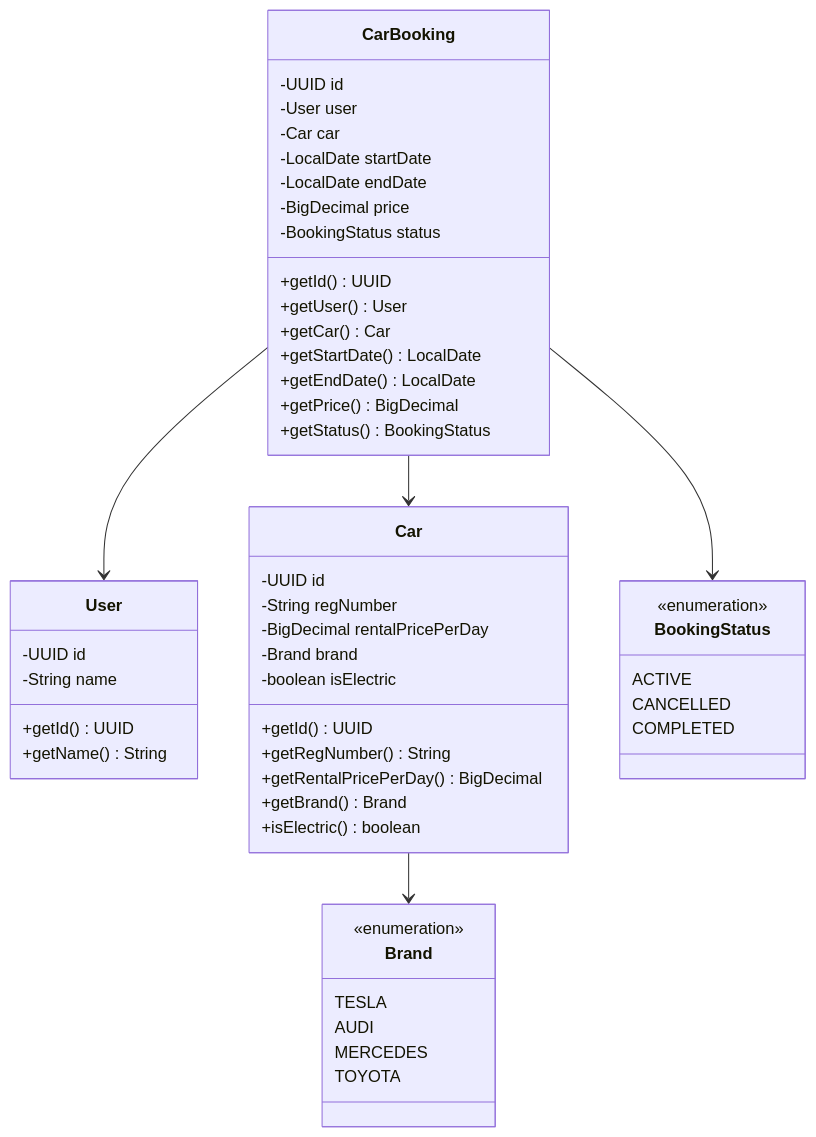
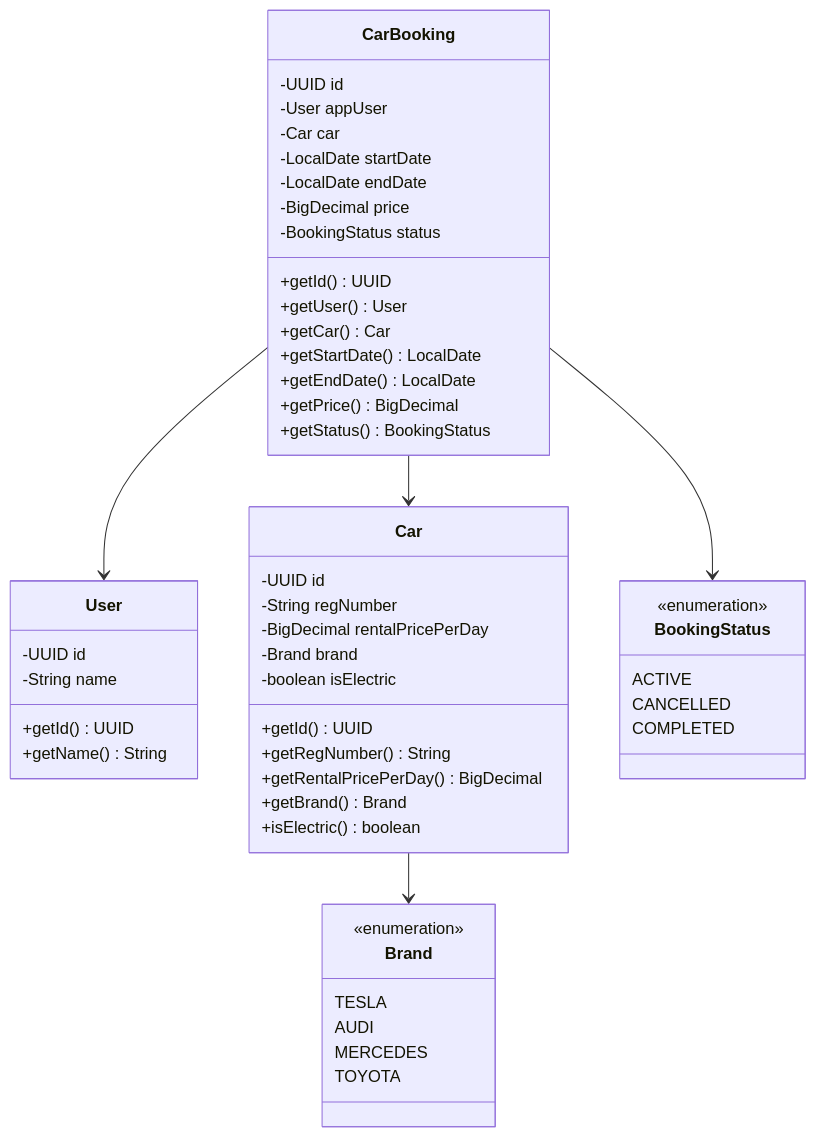
One commit to stelanikolaevva/java-master-class changed the fourth of 10 diagrams in README.md. Above: the diagram before and after it, drawn with Mermaid. The commit also changed other lines of this file and 53 other files, not shown here.

````diff
--- a/README.md
+++ b/README.md
@@ -128,59 +128,59 @@
 ```mermaid
 classDiagram
     class User {
         -UUID id
         -String name
         +getId() UUID
         +getName() String
     }
 
     class Car {
         -UUID id
         -String regNumber
         -BigDecimal rentalPricePerDay
         -Brand brand
         -boolean isElectric
         +getId() UUID
         +getRegNumber() String
         +getRentalPricePerDay() BigDecimal
         +getBrand() Brand
         +isElectric() boolean
     }
 
     class CarBooking {
         -UUID id
-        -User user
+        -User appUser
         -Car car
         -LocalDate startDate
         -LocalDate endDate
         -BigDecimal price
         -BookingStatus status
         +getId() UUID
         +getUser() User
         +getCar() Car
         +getStartDate() LocalDate
         +getEndDate() LocalDate
         +getPrice() BigDecimal
         +getStatus() BookingStatus
     }
 
     class Brand {
         <<enumeration>>
         TESLA
         AUDI
         MERCEDES
         TOYOTA
     }
 
     class BookingStatus {
         <<enumeration>>
         ACTIVE
         CANCELLED
         COMPLETED
     }
 
     CarBooking --> User
     CarBooking --> Car
     CarBooking --> BookingStatus
     Car --> Brand
 ```
````
